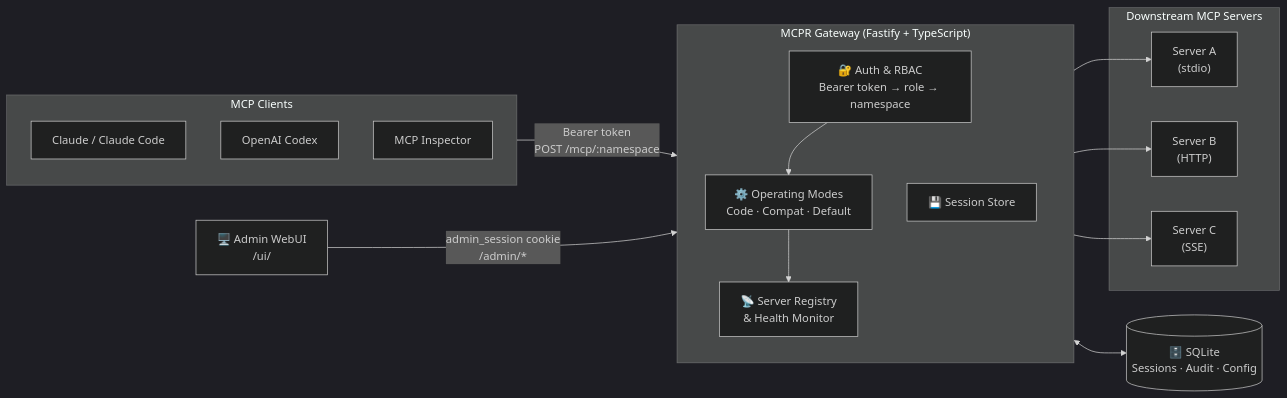
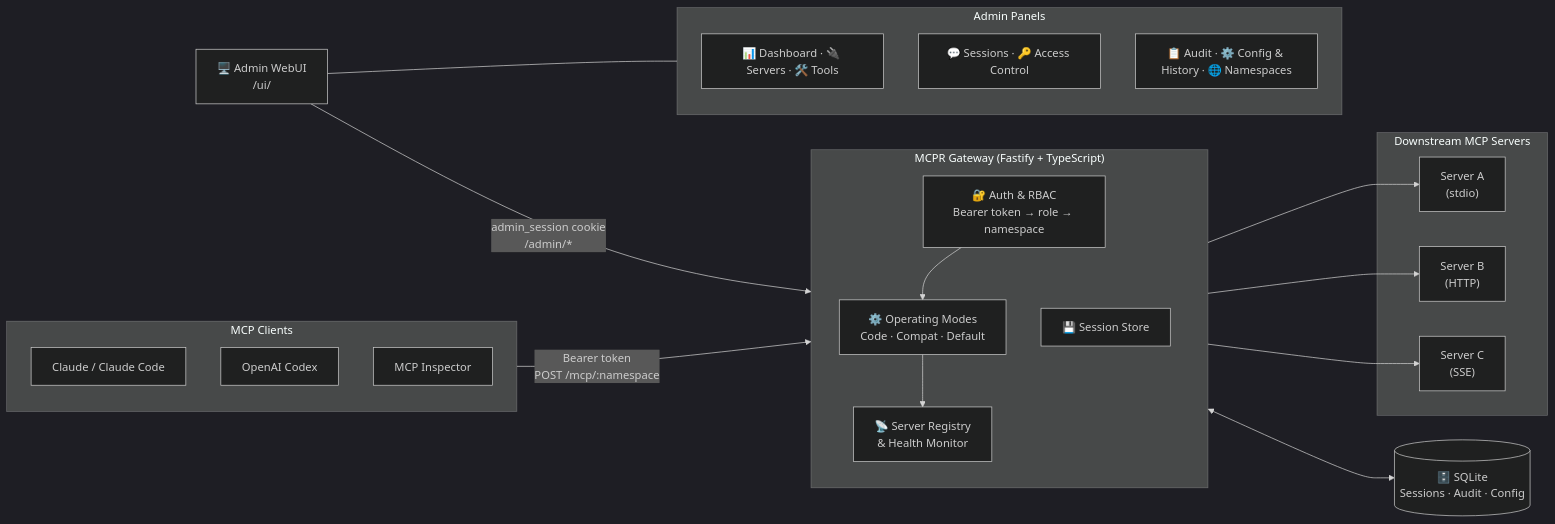
One commit to TempoNaoTenho/mcpr-gateway changed the diagram in README.md. Above: the diagram before and after it, drawn with Mermaid (dark theme). The commit also changed other lines of this file, not shown here.

Commit message:
docs: update README with improved phrasing and structure; add new sections for Admin Panels and enhance security and session details for better clarity

````diff
--- a/README.md
+++ b/README.md
@@ -51,33 +51,40 @@
 ```mermaid
 flowchart LR
     subgraph clients["MCP Clients"]
         claude["Claude / Claude Code"]
         codex["OpenAI Codex"]
         inspector["MCP Inspector"]
     end
 
     subgraph gateway["MCPR Gateway  (Fastify + TypeScript)"]
         direction TB
         auth["🔐 Auth & RBAC\nBearer token → role → namespace"]
         modes["⚙️ Operating Modes\nCode · Compat · Default"]
         registry["📡 Server Registry\n& Health Monitor"]
         sessions["💾 Session Store"]
     end
 
     subgraph downstream["Downstream MCP Servers"]
         s1["Server A\n(stdio)"]
         s2["Server B\n(HTTP)"]
         s3["Server C\n(SSE)"]
     end
 
     adminui["🖥️ Admin WebUI\n/ui/"]
+    subgraph webui["Admin Panels"]
+        direction TB
+        wp1["📊 Dashboard · 🔌 Servers · 🛠️ Tools"]
+        wp2["💬 Sessions · 🔑 Access Control"]
+        wp3["📋 Audit · ⚙️ Config & History · 🌐 Namespaces"]
+    end
     sqlite[("🗄️ SQLite\nSessions · Audit · Config")]
 
     clients -->|"Bearer token\nPOST /mcp/:namespace"| auth
     auth --> modes
     modes --> registry
     registry --> s1 & s2 & s3
     sessions <--> sqlite
     gateway --- sessions
     adminui -->|"admin_session cookie\n/admin/*"| gateway
+    adminui --- webui
 ```
````
